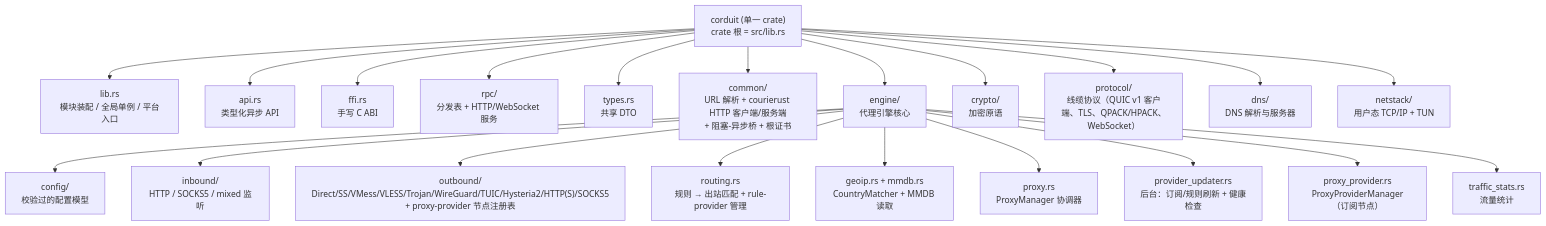
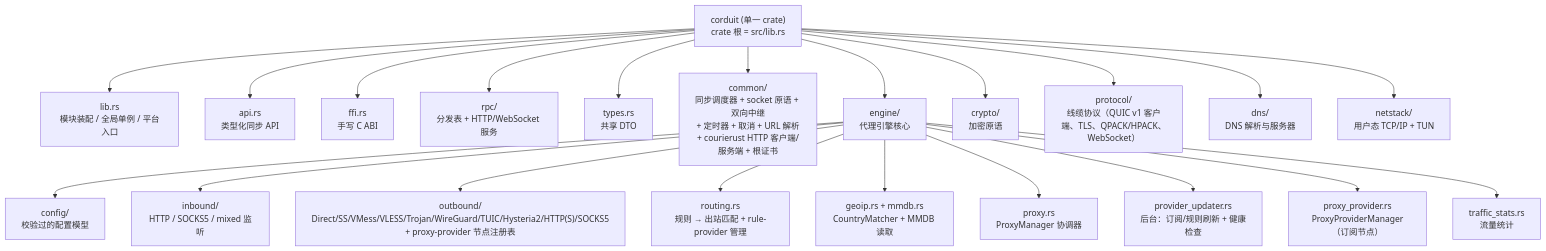
One commit to blueokanna/Corduit changed the first of 6 diagrams in wiki/Architecture.md. Above: the diagram before and after it, drawn with Mermaid. The commit also changed other lines of this file and 19 other files, not shown here.

Commit message:
Fix relay lock-ordering deadlock, add end-to-end SOCKS5 integration tests, rewrite docs for the synchronous architecture

````diff
--- a/wiki/Architecture.md
+++ b/wiki/Architecture.md
@@ -7,26 +7,26 @@
 ```mermaid
 flowchart TB
     ROOT["corduit (单一 crate)<br/>crate 根 = src/lib.rs"]
 
     ROOT --> LIB["lib.rs<br/>模块装配 / 全局单例 / 平台入口"]
-    ROOT --> API["api.rs<br/>类型化异步 API"]
+    ROOT --> API["api.rs<br/>类型化同步 API"]
     ROOT --> FFI["ffi.rs<br/>手写 C ABI"]
     ROOT --> RPC["rpc/<br/>分发表 + HTTP/WebSocket 服务"]
     ROOT --> TYPES["types.rs<br/>共享 DTO"]
-    ROOT --> COMMON["common/<br/>URL 解析 + courierust HTTP 客户端/服务端<br/>+ 阻塞-异步桥 + 根证书"]
+    ROOT --> COMMON["common/<br/>同步调度器 + socket 原语 + 双向中继<br/>+ 定时器 + 取消 + URL 解析<br/>+ courierust HTTP 客户端/服务端 + 根证书"]
     ROOT --> ENGINE["engine/<br/>代理引擎核心"]
     ROOT --> CRYPTO["crypto/<br/>加密原语"]
     ROOT --> PROTOCOL["protocol/<br/>线缆协议（QUIC v1 客户端、TLS、QPACK/HPACK、WebSocket）"]
     ROOT --> DNS["dns/<br/>DNS 解析与服务器"]
     ROOT --> NETSTACK["netstack/<br/>用户态 TCP/IP + TUN"]
 
     ENGINE --> EC["config/<br/>校验过的配置模型"]
     ENGINE --> EI["inbound/<br/>HTTP / SOCKS5 / mixed 监听"]
     ENGINE --> EO["outbound/<br/>Direct/SS/VMess/VLESS/Trojan/WireGuard/TUIC/Hysteria2/HTTP(S)/SOCKS5<br/>+ proxy-provider 节点注册表"]
     ENGINE --> ER["routing.rs<br/>规则 → 出站匹配 + rule-provider 管理"]
     ENGINE --> EG["geoip.rs + mmdb.rs<br/>CountryMatcher + MMDB 读取"]
     ENGINE --> EP["proxy.rs<br/>ProxyManager 协调器"]
     ENGINE --> EU["provider_updater.rs<br/>后台：订阅/规则刷新 + 健康检查"]
     ENGINE --> EPP["proxy_provider.rs<br/>ProxyProviderManager（订阅节点）"]
     ENGINE --> ET["traffic_stats.rs<br/>流量统计"]
 ```
````
